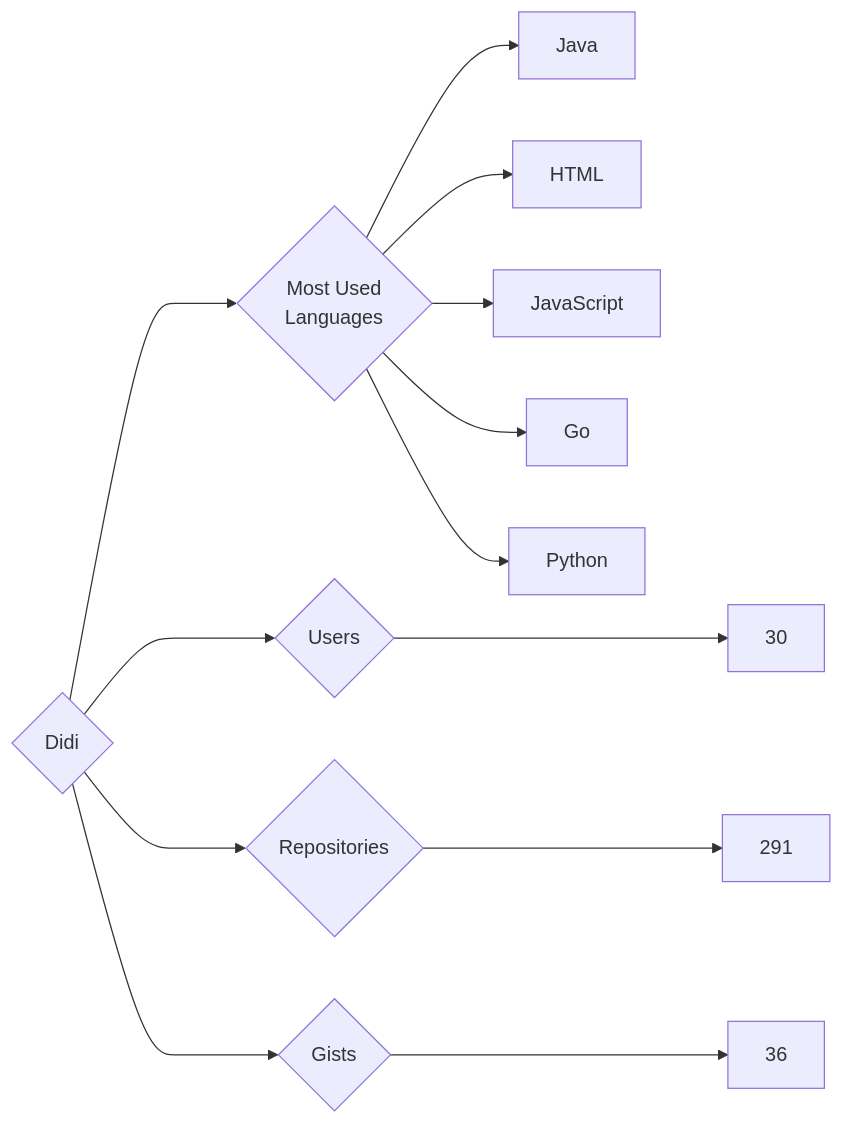
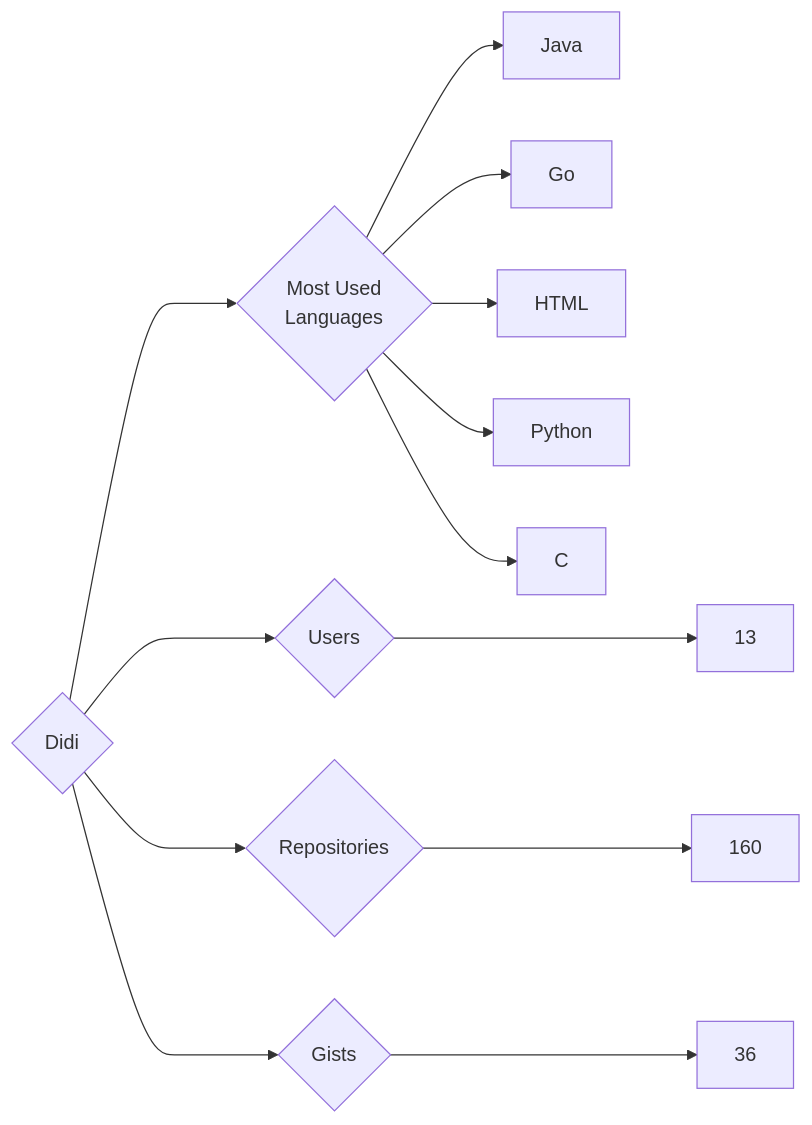
The diagram in targets/Didi/README.md (trickest/insiders), drawn with Mermaid before and after one commit. The commit also changed 736 other files, not shown here.

````diff
--- a/targets/Didi/README.md
+++ b/targets/Didi/README.md
@@ -3,13 +3,13 @@
 ```mermaid
 graph LR
 COMPANY_NAME{Didi}
-COMPANY_NAME ---> U{Users} ---> UN[30]
-COMPANY_NAME ---> R{Repositories} ---> RN[291]
+COMPANY_NAME ---> U{Users} ---> UN[13]
+COMPANY_NAME ---> R{Repositories} ---> RN[160]
 COMPANY_NAME ---> G{Gists} ---> GN[36]
 COMPANY_NAME ---> ML{Most Used<br>Languages}
 ML --> Java[Java]
+ML --> Go[Go]
 ML --> HTML[HTML]
-ML --> JavaScript[JavaScript]
-ML --> Go[Go]
 ML --> Python[Python]
+ML --> C[C]
 ```
````
